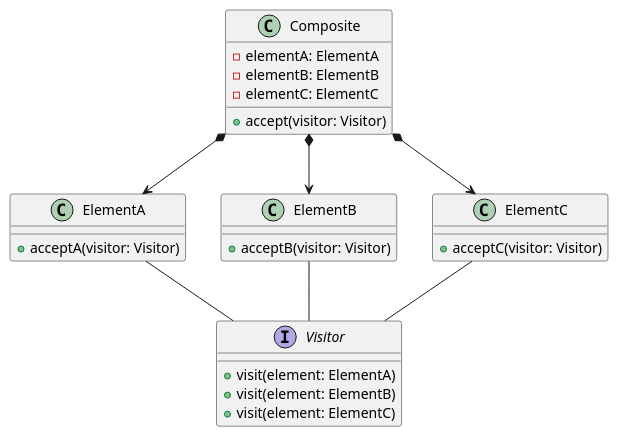
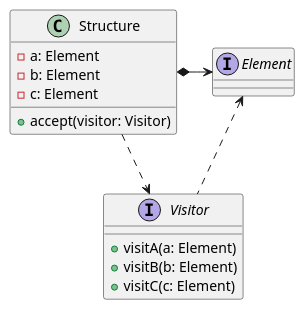
The diagram in Design/Design Patterns/Behavioral Patterns/Others/Visitor.md (mengxianbin/cs-notes), drawn with PlantUML before and after one commit. The commit also changed other lines of this file and 11 other files, not shown here.

````diff
--- a/Design/Design Patterns/Behavioral Patterns/Others/Visitor.md
+++ b/Design/Design Patterns/Behavioral Patterns/Others/Visitor.md
@@ -1,37 +1,25 @@
 ```puml
 @startuml
 
-class Composite {
-    - elementA: ElementA
-    - elementB: ElementB
-    - elementC: ElementC
+class Structure {
+    - a: Element
+    - b: Element
+    - c: Element
     + accept(visitor: Visitor)
 }
 
-class ElementA {
-    + acceptA(visitor: Visitor)
-}
-
-class ElementB {
-    + acceptB(visitor: Visitor)
-}
-
-class ElementC {
-    + acceptC(visitor: Visitor)
+interface Element {
 }
 
 interface Visitor {
-    + visit(element: ElementA)
-    + visit(element: ElementB)
-    + visit(element: ElementC)
+    + visitA(a: Element)
+    + visitB(b: Element)
+    + visitC(c: Element)
 }
 
-Composite *--> ElementA
-Composite *--> ElementB
-Composite *--> ElementC
-ElementA -- Visitor
-ElementB -- Visitor
-ElementC -- Visitor
+Structure *-> Element
+Structure .> Visitor
+Visitor ..up> Element
 
 @enduml
 ```
````
